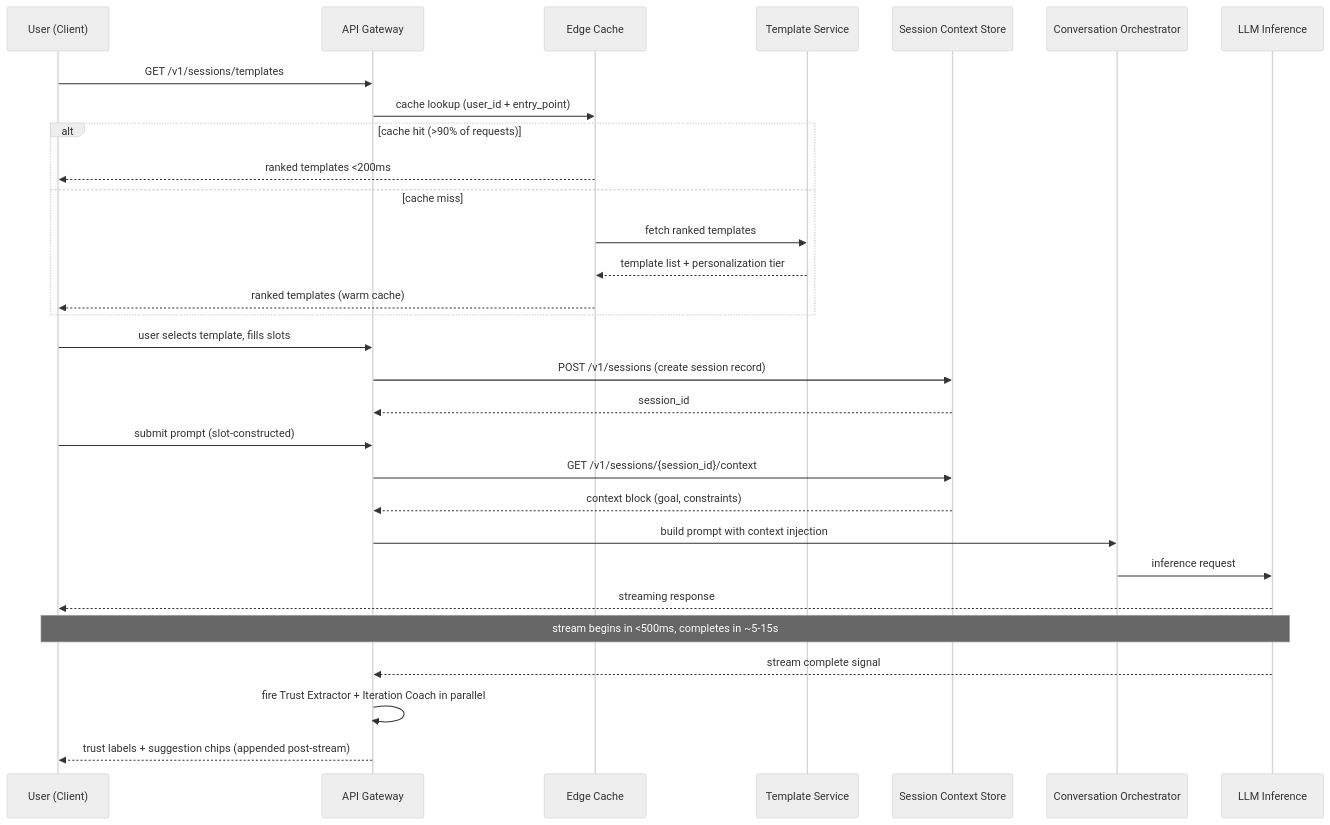
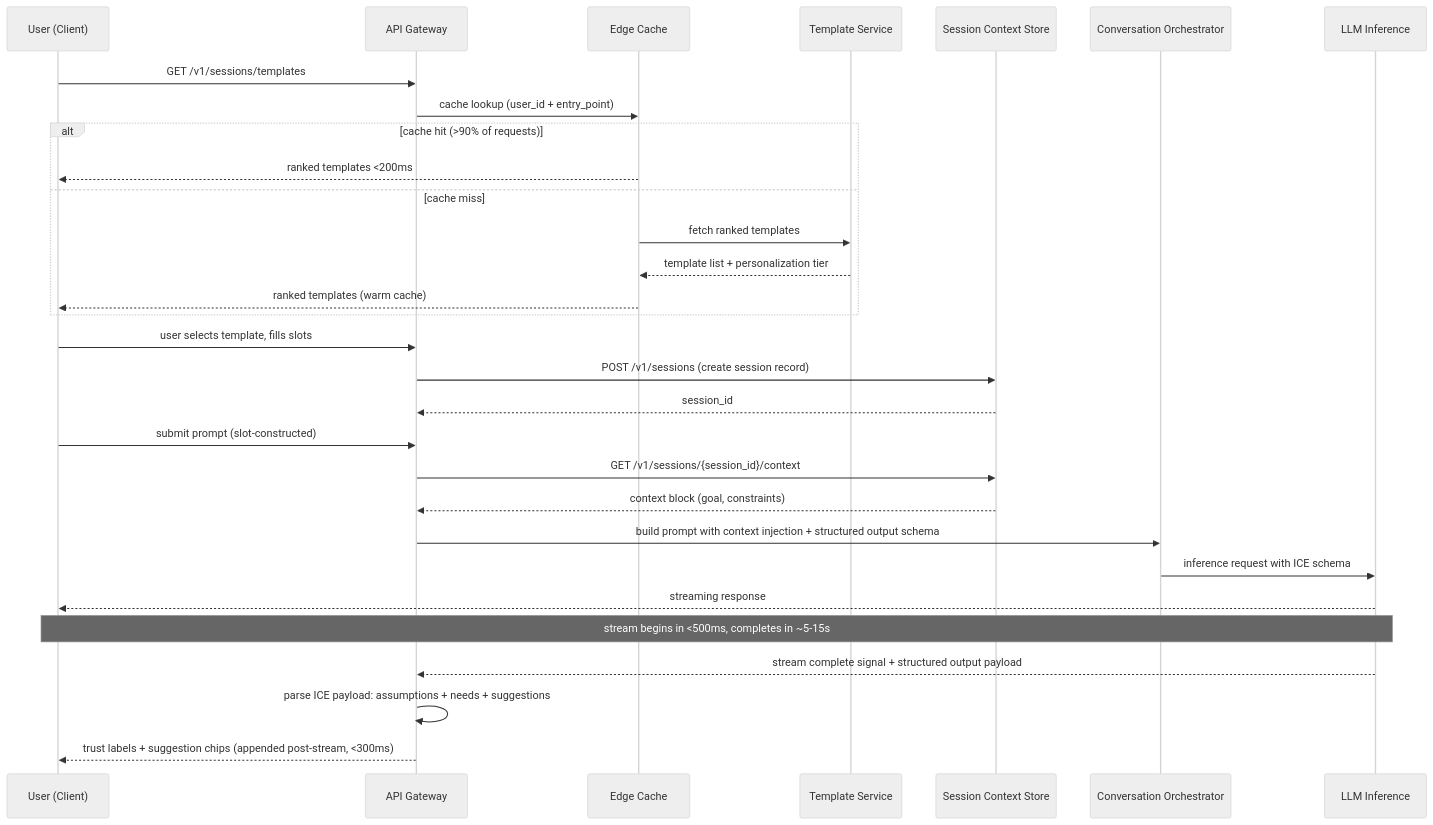
One commit to 004mayank/product-systems-explained changed the second of 5 diagrams in chatgpt-outcome-sessions-architecture.md. Above: the diagram before and after it, drawn with Mermaid (neutral theme). The commit also changed other lines of this file, not shown here.

Commit message:
Add ChatGPT architecture v3 - 2026-05-08

````diff
--- a/chatgpt-outcome-sessions-architecture.md
+++ b/chatgpt-outcome-sessions-architecture.md
@@ -161,36 +172,36 @@
 ```mermaid
 sequenceDiagram
     participant U as User (Client)
     participant GW as API Gateway
     participant EC as Edge Cache
     participant TS as Template Service
     participant SC as Session Context Store
     participant CO as Conversation Orchestrator
     participant LLM as LLM Inference
 
     U->>GW: GET /v1/sessions/templates
     GW->>EC: cache lookup (user_id + entry_point)
     alt cache hit (>90% of requests)
         EC-->>U: ranked templates <200ms
     else cache miss
         EC->>TS: fetch ranked templates
         TS-->>EC: template list + personalization tier
         EC-->>U: ranked templates (warm cache)
     end
 
     U->>GW: user selects template, fills slots
     GW->>SC: POST /v1/sessions (create session record)
     SC-->>GW: session_id
 
     U->>GW: submit prompt (slot-constructed)
     GW->>SC: GET /v1/sessions/{session_id}/context
     SC-->>GW: context block (goal, constraints)
-    GW->>CO: build prompt with context injection
-    CO->>LLM: inference request
+    GW->>CO: build prompt with context injection + structured output schema
+    CO->>LLM: inference request with ICE schema
     LLM-->>U: streaming response
     Note over LLM,U: stream begins in <500ms, completes in ~5-15s
 
-    LLM-->>GW: stream complete signal
-    GW->>GW: fire Trust Extractor + Iteration Coach in parallel
-    GW-->>U: trust labels + suggestion chips (appended post-stream)
+    LLM-->>GW: stream complete signal + structured output payload
+    GW->>GW: parse ICE payload: assumptions + needs + suggestions
+    GW-->>U: trust labels + suggestion chips (appended post-stream, <300ms)
 ```
````
